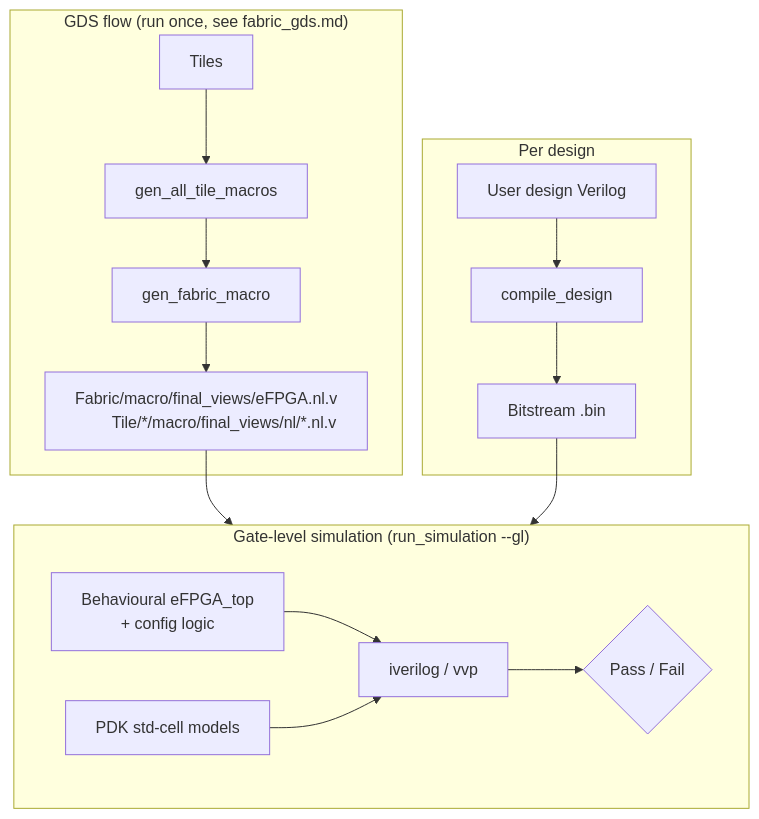
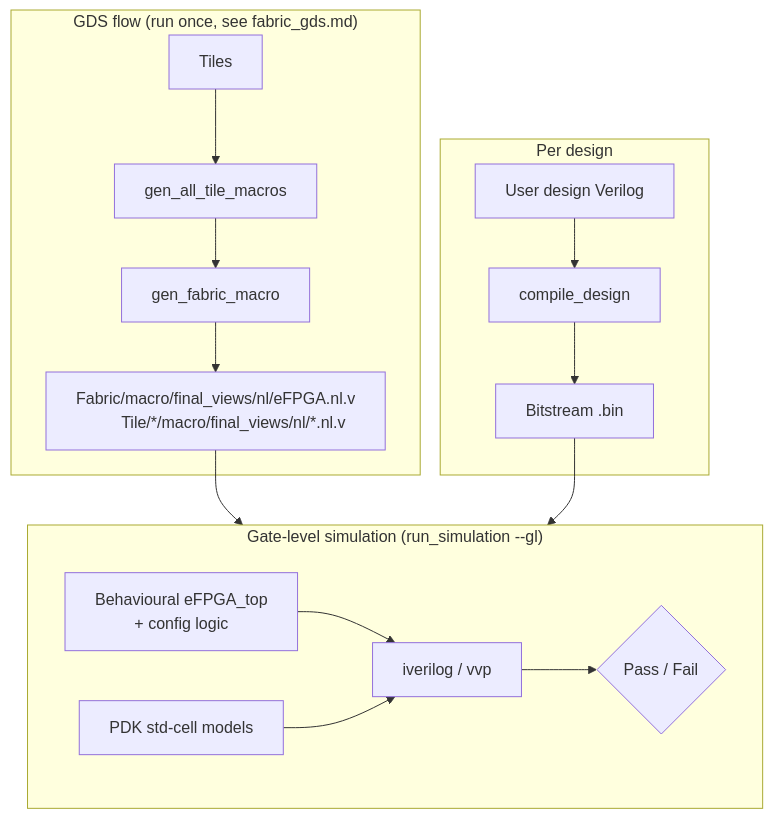
The diagram in docs/source/user_guide/simulation/gate_level_simulation.md (FPGA-Research/FABulous), drawn with Mermaid before and after one commit. The commit also changed other lines of this file and 1 other file, not shown here.

Commit message:
chore: more clean up

````diff
--- a/docs/source/user_guide/simulation/gate_level_simulation.md
+++ b/docs/source/user_guide/simulation/gate_level_simulation.md
@@ -27,24 +27,24 @@
 ```{mermaid}
 flowchart TB
     subgraph harden ["GDS flow (run once, see fabric_gds.md)"]
         T[Tiles] --> M[gen_all_tile_macros]
         M --> S[gen_fabric_macro]
-        S --> NL["Fabric/macro/final_views/eFPGA.nl.v
+        S --> NL["Fabric/macro/final_views/nl/eFPGA.nl.v
         Tile/*/macro/final_views/nl/*.nl.v"]
     end
 
     subgraph design ["Per design"]
         U[User design Verilog] --> C[compile_design]
         C --> B[Bitstream .bin]
     end
 
     subgraph sim ["Gate-level simulation (run_simulation --gl)"]
         direction LR
         W["Behavioural eFPGA_top
         + config logic"] --> H["iverilog / vvp"]
         NL --> H
         PDK[PDK std-cell models] --> H
         B --> H
         H --> R{Pass / Fail}
     end
 ```
````
